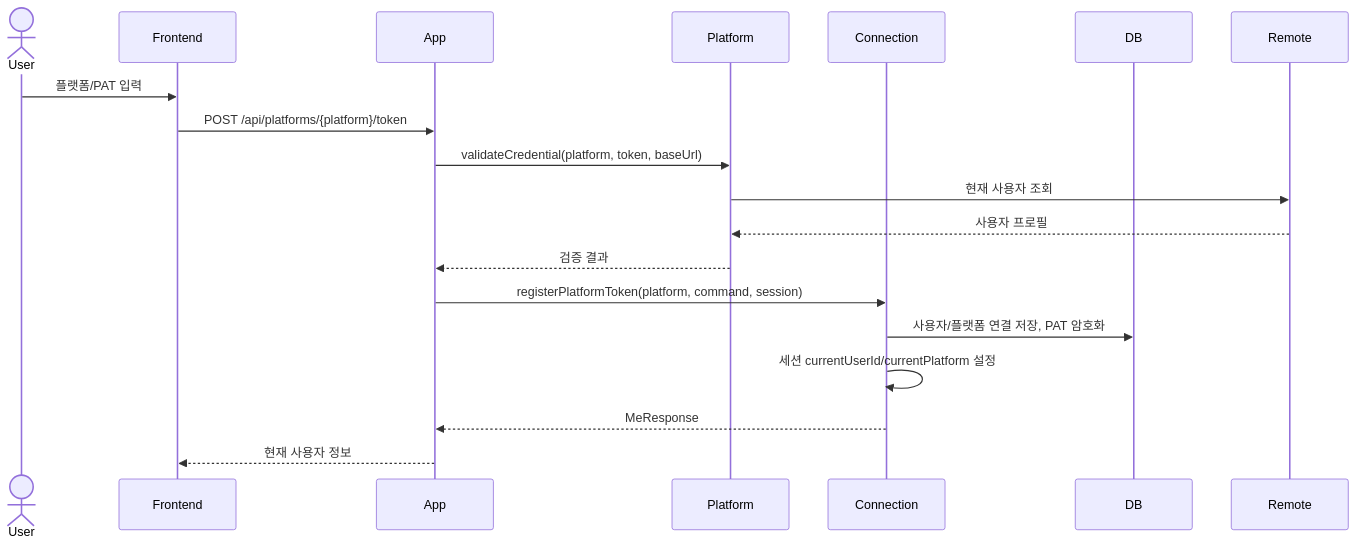
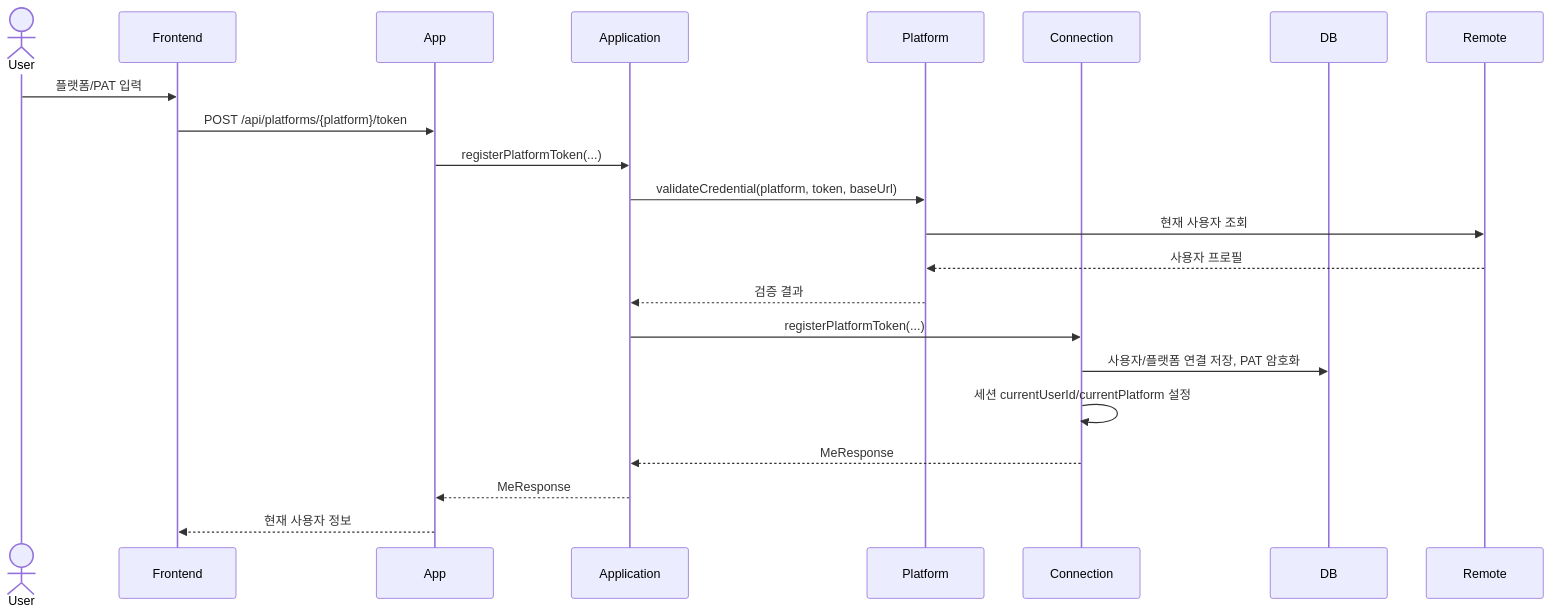
Before and after one commit to Jungwoook/github-issue-manager: the first of 7 diagrams in docs/11-use-case-sequence-diagrams.md, drawn with Mermaid. The commit also changed other lines of this file and 10 other files, not shown here.

````diff
--- a/docs/11-use-case-sequence-diagrams.md
+++ b/docs/11-use-case-sequence-diagrams.md
@@ -22,22 +18,25 @@
 ```mermaid
 sequenceDiagram
     actor User
     participant Frontend
     participant App
+    participant Application
     participant Platform
     participant Connection
     participant DB
     participant Remote
 
     User->>Frontend: 플랫폼/PAT 입력
     Frontend->>App: POST /api/platforms/{platform}/token
-    App->>Platform: validateCredential(platform, token, baseUrl)
+    App->>Application: registerPlatformToken(...)
+    Application->>Platform: validateCredential(platform, token, baseUrl)
     Platform->>Remote: 현재 사용자 조회
     Remote-->>Platform: 사용자 프로필
-    Platform-->>App: 검증 결과
-    App->>Connection: registerPlatformToken(platform, command, session)
+    Platform-->>Application: 검증 결과
+    Application->>Connection: registerPlatformToken(...)
     Connection->>DB: 사용자/플랫폼 연결 저장, PAT 암호화
     Connection->>Connection: 세션 currentUserId/currentPlatform 설정
-    Connection-->>App: MeResponse
+    Connection-->>Application: MeResponse
+    Application-->>App: MeResponse
     App-->>Frontend: 현재 사용자 정보
 ```
````
